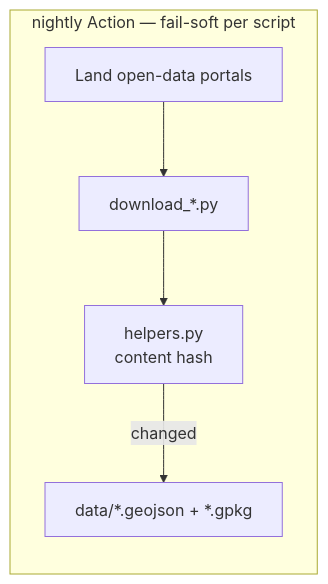
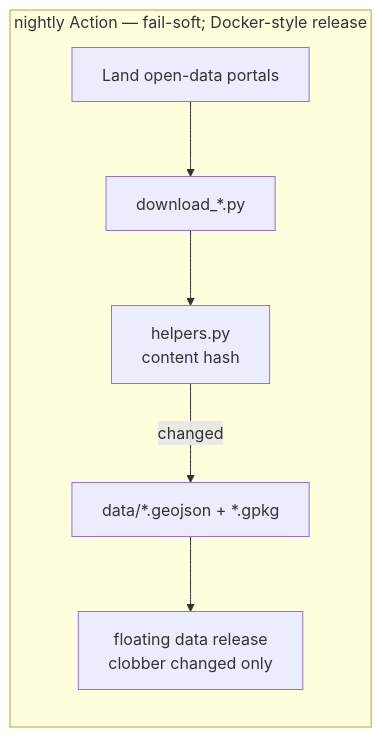
Before and after one commit to EWS-Consulting-Public/ews-gis-assets: the diagram in docs/README.md, drawn with Mermaid. The commit also changed 6 other files, not shown here.

First line of the commit message:
fix: Docker-style releases and fail-soft nightly job

````diff
--- a/docs/README.md
+++ b/docs/README.md
@@ -13,8 +13,9 @@
 ```mermaid
 flowchart LR
-    subgraph nightly["nightly Action — fail-soft per script"]
+    subgraph nightly["nightly Action — fail-soft; Docker-style release"]
         SRC["Land open-data portals"] --> DL["download_*.py"]
         DL --> HASH["helpers.py<br/>content hash"]
         HASH -->|changed| DATA["data/*.geojson + *.gpkg"]
+        DATA --> REL["floating data release<br/>clobber changed only"]
     end
 ```
````
